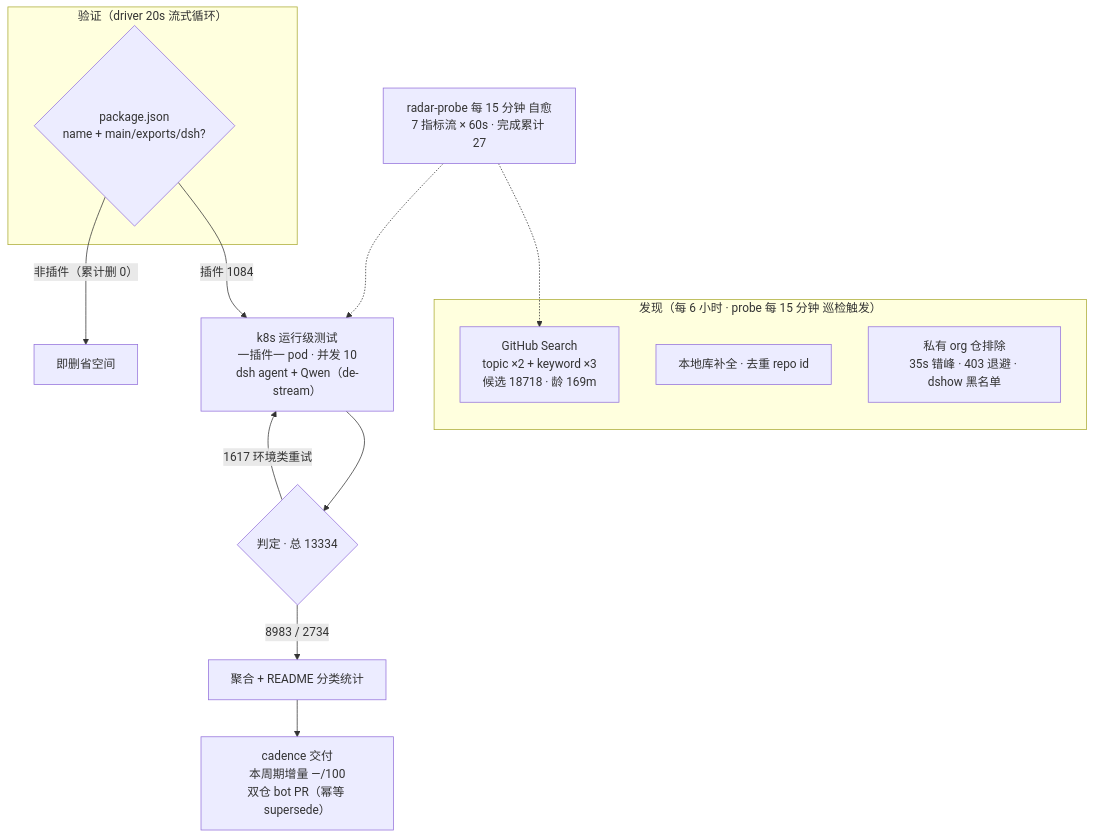
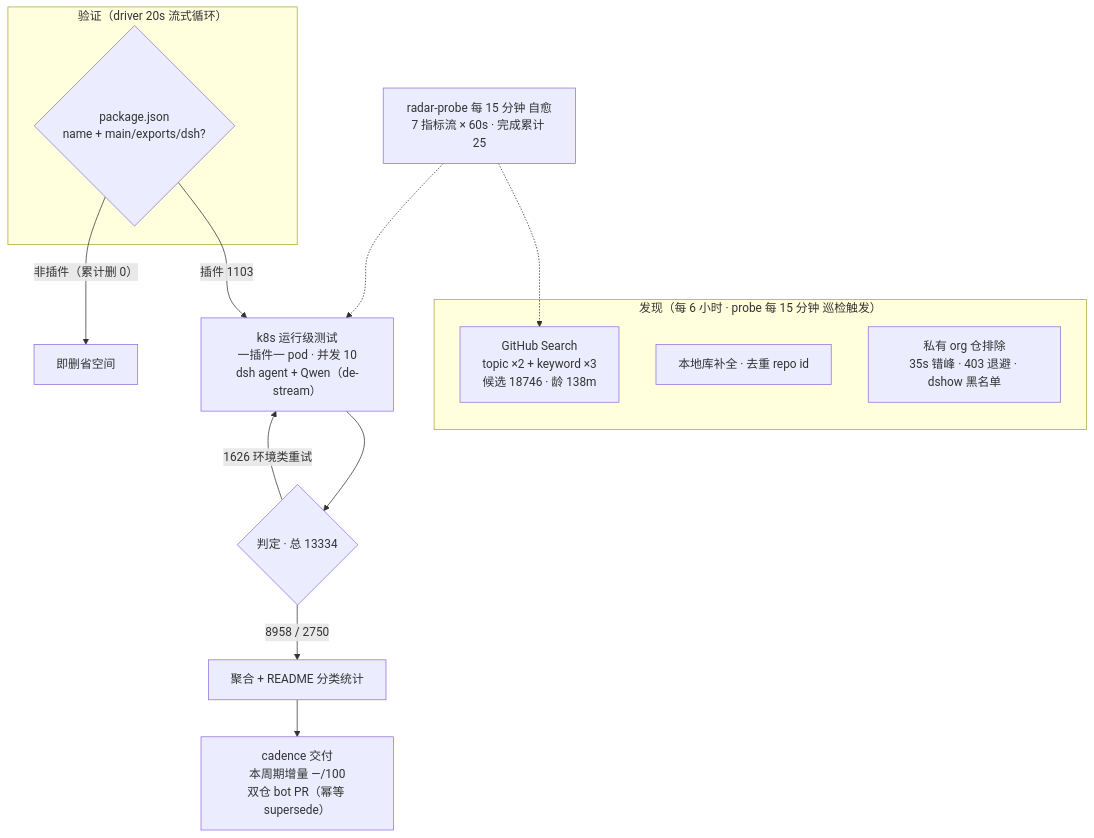
One commit to Zhidao-Lab-OSS/awesome-dsh-plugins changed the diagram in README.md. Above: the diagram before and after it, drawn with Mermaid. The commit also changed other lines of this file and 1 other file, not shown here.

````diff
--- a/README.md
+++ b/README.md
@@ -52,20 +52,20 @@
 ```mermaid
 flowchart TB
     subgraph Discovery["发现（每 6 小时 · probe 每 15 分钟 巡检触发）"]
-        A1["GitHub Search<br/>topic ×2 + keyword ×3<br/>候选 18718 · 龄 169m"]
+        A1["GitHub Search<br/>topic ×2 + keyword ×3<br/>候选 18746 · 龄 138m"]
         A2["本地库补全 · 去重 repo id"]
         A3["私有 org 仓排除<br/>35s 错峰 · 403 退避 · dshow 黑名单"]
     end
     subgraph Validation["验证（driver 20s 流式循环）"]
         B1{"package.json<br/>name + main/exports/dsh?"}
     end
-    B1 -->|"插件 1084"| C1["k8s 运行级测试<br/>一插件一 pod · 并发 10<br/>dsh agent + Qwen（de-stream）"]
+    B1 -->|"插件 1103"| C1["k8s 运行级测试<br/>一插件一 pod · 并发 10<br/>dsh agent + Qwen（de-stream）"]
     B1 -->|"非插件（累计删 0）"| B3["即删省空间"]
     C1 --> D1{"判定 · 总 13334"}
-    D1 -->|"8983 / 2734"| E1["聚合 + README 分类统计"]
-    D1 -->|"1617 环境类重试"| C1
+    D1 -->|"8958 / 2750"| E1["聚合 + README 分类统计"]
+    D1 -->|"1626 环境类重试"| C1
     E1 --> E2["cadence 交付<br/>本周期增量 —/100<br/>双仓 bot PR（幂等 supersede）"]
-    M["radar-probe 每 15 分钟 自愈<br/>7 指标流 × 60s · 完成累计 27"]
+    M["radar-probe 每 15 分钟 自愈<br/>7 指标流 × 60s · 完成累计 25"]
     M -.-> A1
     M -.-> C1
 ```
````
